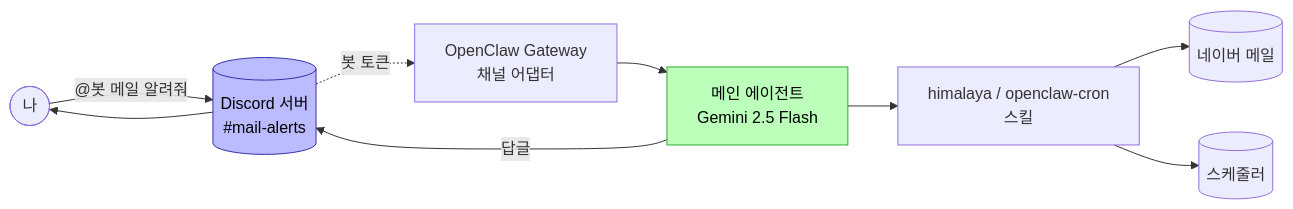
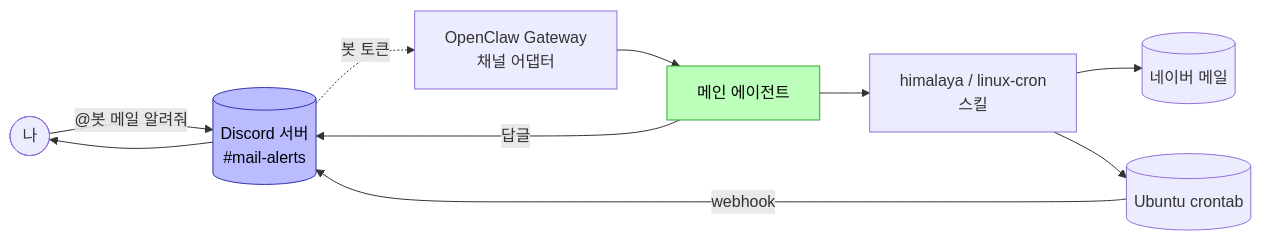
One commit to xodnjs9850/xodnjs9850.github.io changed the first of 2 diagrams in 04-day4-discord.md. Above: the diagram before and after it, drawn with Mermaid. The commit also changed other lines of this file and 1 other file, not shown here.

First line of the commit message:
Rewrite Day 3 + update Day 4 — Ubuntu crontab + linux-cron + webhook

````diff
--- a/04-day4-discord.md
+++ b/04-day4-discord.md
@@ -55,13 +55,14 @@
 ```mermaid
 flowchart LR
     User([나]) -- "@봇 메일 알려줘" --> Discord[(Discord 서버<br/>#mail-alerts)]
     Discord -.봇 토큰.-> Gateway[OpenClaw Gateway<br/>채널 어댑터]
-    Gateway --> Agent[메인 에이전트<br/>Gemini 2.5 Flash]
-    Agent --> Skills[himalaya / openclaw-cron<br/>스킬]
+    Gateway --> Agent[메인 에이전트]
+    Agent --> Skills[himalaya / linux-cron<br/>스킬]
     Skills --> Naver[(네이버 메일)]
-    Skills --> Cron[(스케줄러)]
+    Skills --> Cron[(Ubuntu crontab)]
+    Cron --webhook--> Discord
     Agent --답글--> Discord
     Discord --> User
     style Discord fill:#bbf,stroke:#33a,color:#000
     style Agent fill:#bfb,stroke:#3a3,color:#000
 ```
````
